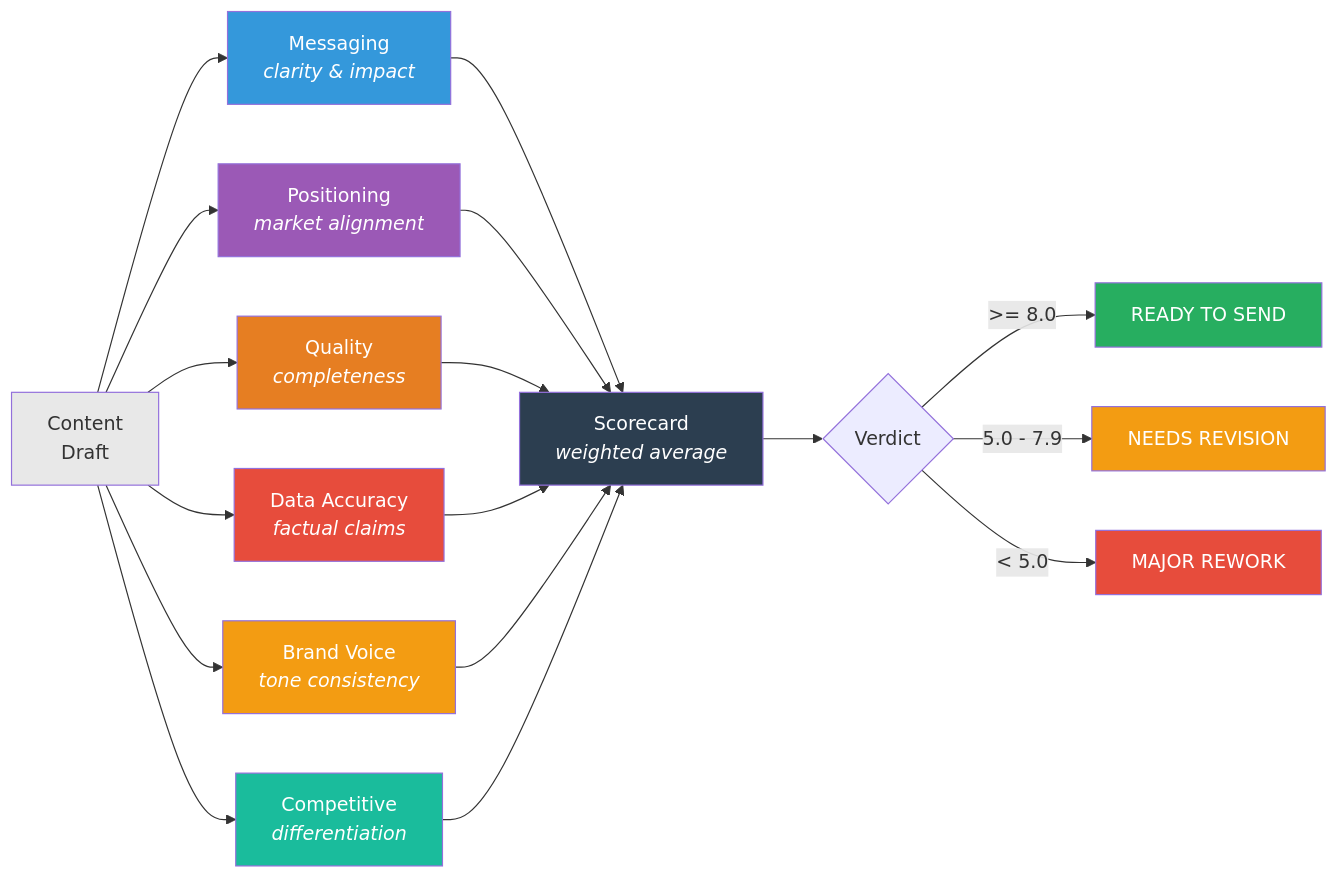
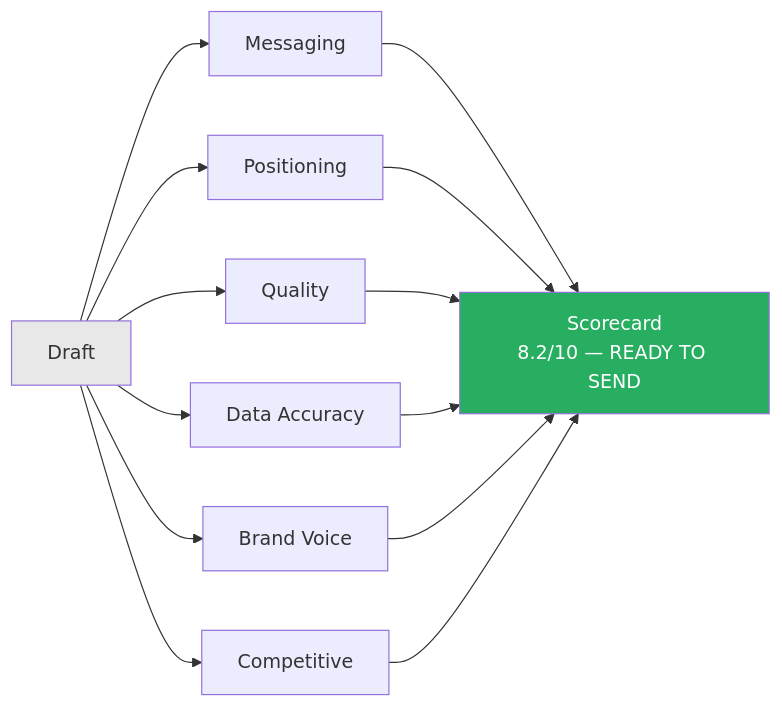
The second of 4 diagrams in README.md (ryanjosebrosas/second-brain-ultimatum), drawn with Mermaid before and after one commit. The commit also changed other lines of this file and 27 other files, not shown here.

````diff
--- a/README.md
+++ b/README.md
@@ -198,33 +116,8 @@
 ```mermaid
 graph LR
-    CONTENT["Content<br/>Draft"] --> R1["Messaging<br/><i>clarity & impact</i>"]
-    CONTENT --> R2["Positioning<br/><i>market alignment</i>"]
-    CONTENT --> R3["Quality<br/><i>completeness</i>"]
-    CONTENT --> R4["Data Accuracy<br/><i>factual claims</i>"]
-    CONTENT --> R5["Brand Voice<br/><i>tone consistency</i>"]
-    CONTENT --> R6["Competitive<br/><i>differentiation</i>"]
-
-    R1 --> SCORE["Scorecard<br/><i>weighted average</i>"]
-    R2 --> SCORE
-    R3 --> SCORE
-    R4 --> SCORE
-    R5 --> SCORE
-    R6 --> SCORE
-
-    SCORE --> VERDICT{"Verdict"}
-    VERDICT -->|">= 8.0"| READY["READY TO SEND"]
-    VERDICT -->|"5.0 - 7.9"| REVISE["NEEDS REVISION"]
-    VERDICT -->|"< 5.0"| REWORK["MAJOR REWORK"]
+    CONTENT["Draft"] --> R1["Messaging"] & R2["Positioning"] & R3["Quality"] & R4["Data Accuracy"] & R5["Brand Voice"] & R6["Competitive"]
+    R1 & R2 & R3 & R4 & R5 & R6 --> SCORE["Scorecard<br/>8.2/10 — READY TO SEND"]
 
     style CONTENT fill:#e8e8e8,color:#333
-    style R1 fill:#3498db,color:#fff
-    style R2 fill:#9b59b6,color:#fff
-    style R3 fill:#e67e22,color:#fff
-    style R4 fill:#e74c3c,color:#fff
-    style R5 fill:#f39c12,color:#fff
-    style R6 fill:#1abc9c,color:#fff
-    style SCORE fill:#2c3e50,color:#fff
-    style READY fill:#27ae60,color:#fff
-    style REVISE fill:#f39c12,color:#fff
-    style REWORK fill:#e74c3c,color:#fff
+    style SCORE fill:#27ae60,color:#fff
 ```
````
